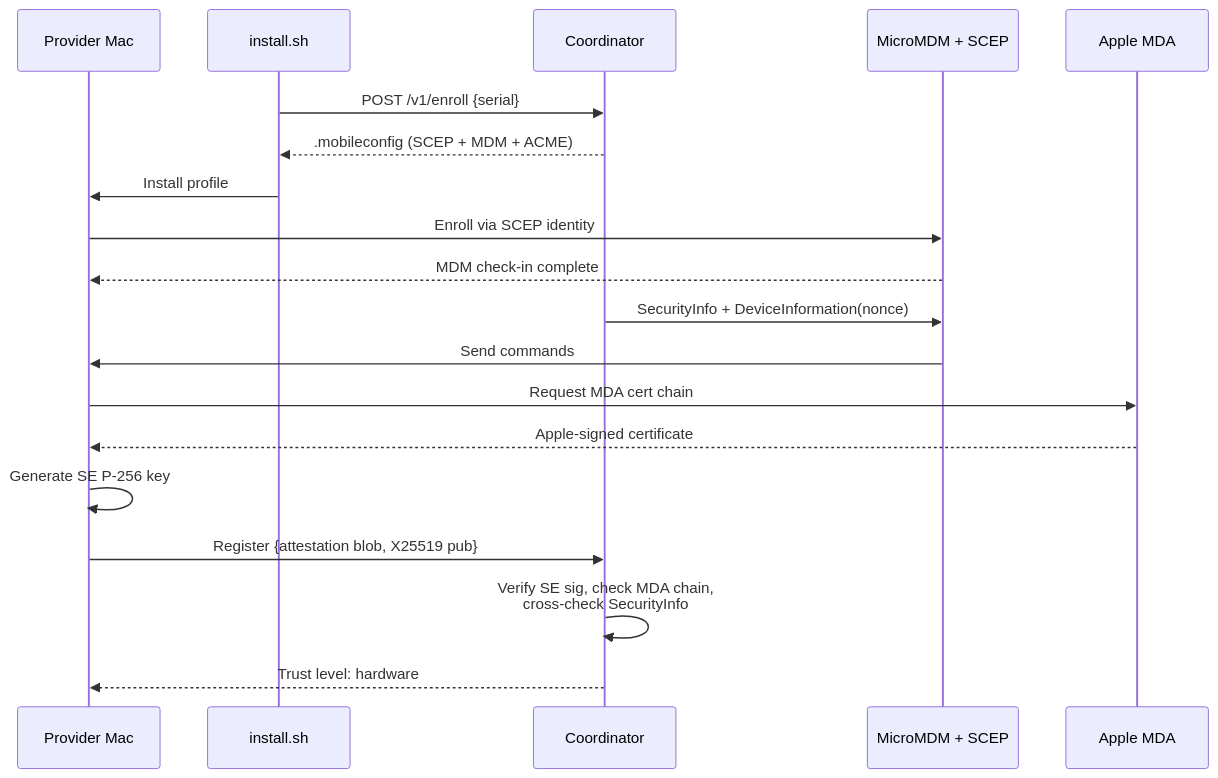
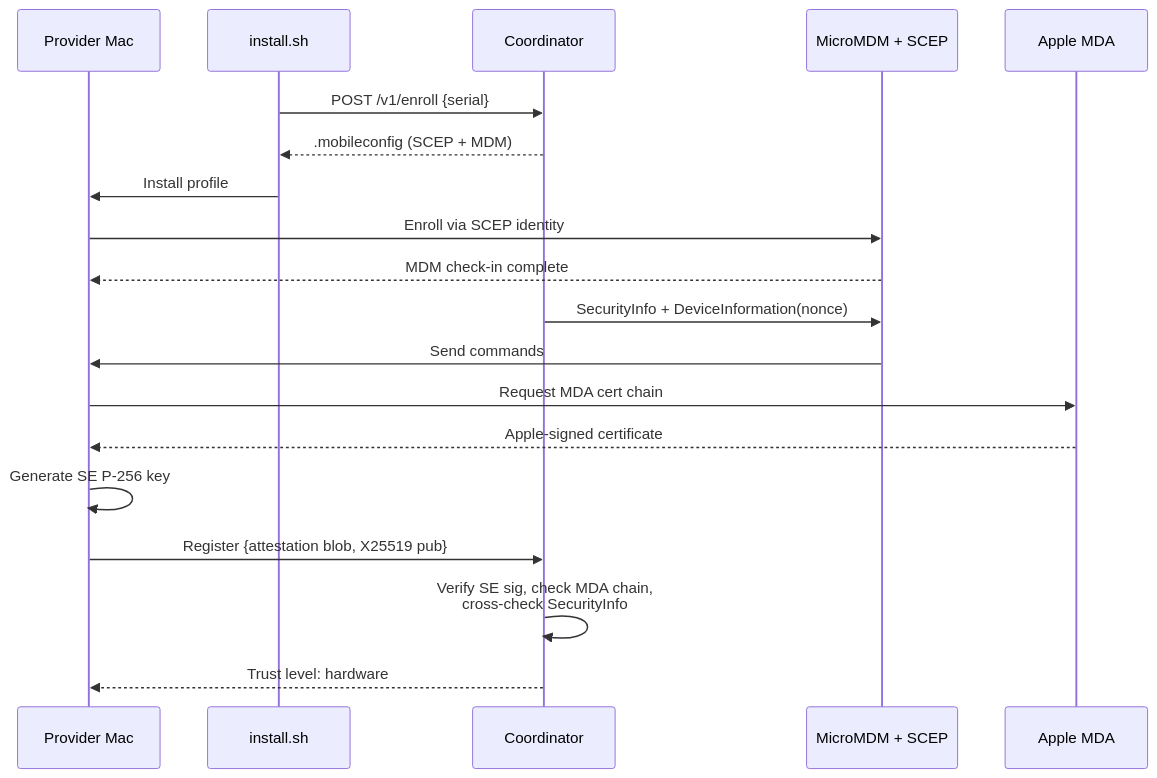
Before and after one commit to Layr-Labs/d-inference: the diagram in docs/assets/diagrams/enrollment-flow.mmd, drawn with Mermaid. The commit also changed 65 other files, not shown here.

```diff
--- a/docs/assets/diagrams/enrollment-flow.mmd
+++ b/docs/assets/diagrams/enrollment-flow.mmd
@@ -1,20 +1,20 @@
 sequenceDiagram
     participant P as Provider Mac
     participant S as install.sh
     participant API as Coordinator
     participant MDM as MicroMDM + SCEP
     participant A as Apple MDA
 
     S->>API: POST /v1/enroll {serial}
-    API-->>S: .mobileconfig (SCEP + MDM + ACME)
+    API-->>S: .mobileconfig (SCEP + MDM)
     S->>P: Install profile
     P->>MDM: Enroll via SCEP identity
     MDM-->>P: MDM check-in complete
     API->>MDM: SecurityInfo + DeviceInformation(nonce)
     MDM->>P: Send commands
     P->>A: Request MDA cert chain
     A-->>P: Apple-signed certificate
     P->>P: Generate SE P-256 key
     P->>API: Register {attestation blob, X25519 pub}
     API->>API: Verify SE sig, check MDA chain,<br/>cross-check SecurityInfo
     API-->>P: Trust level: hardware
```
